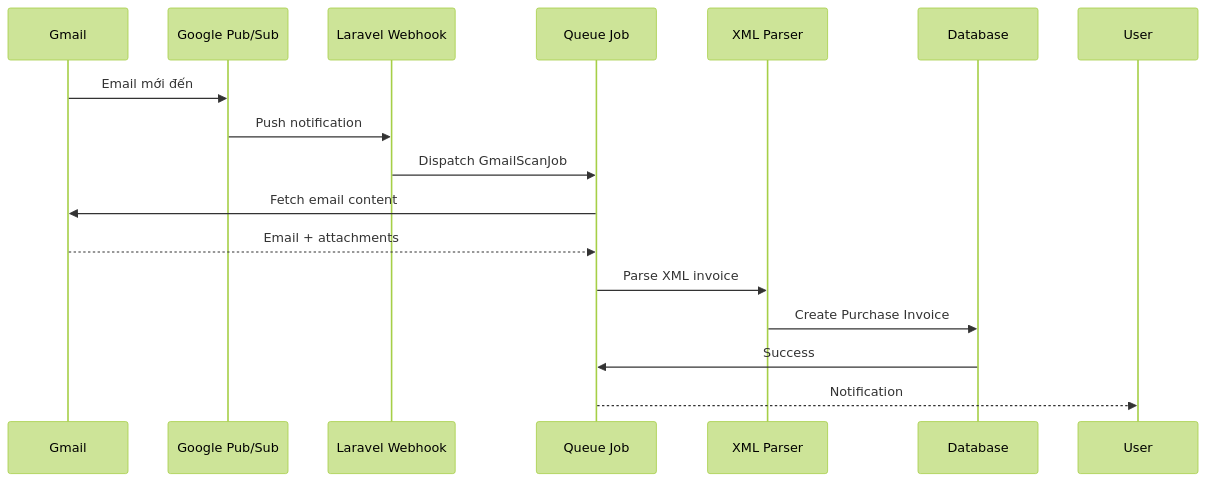
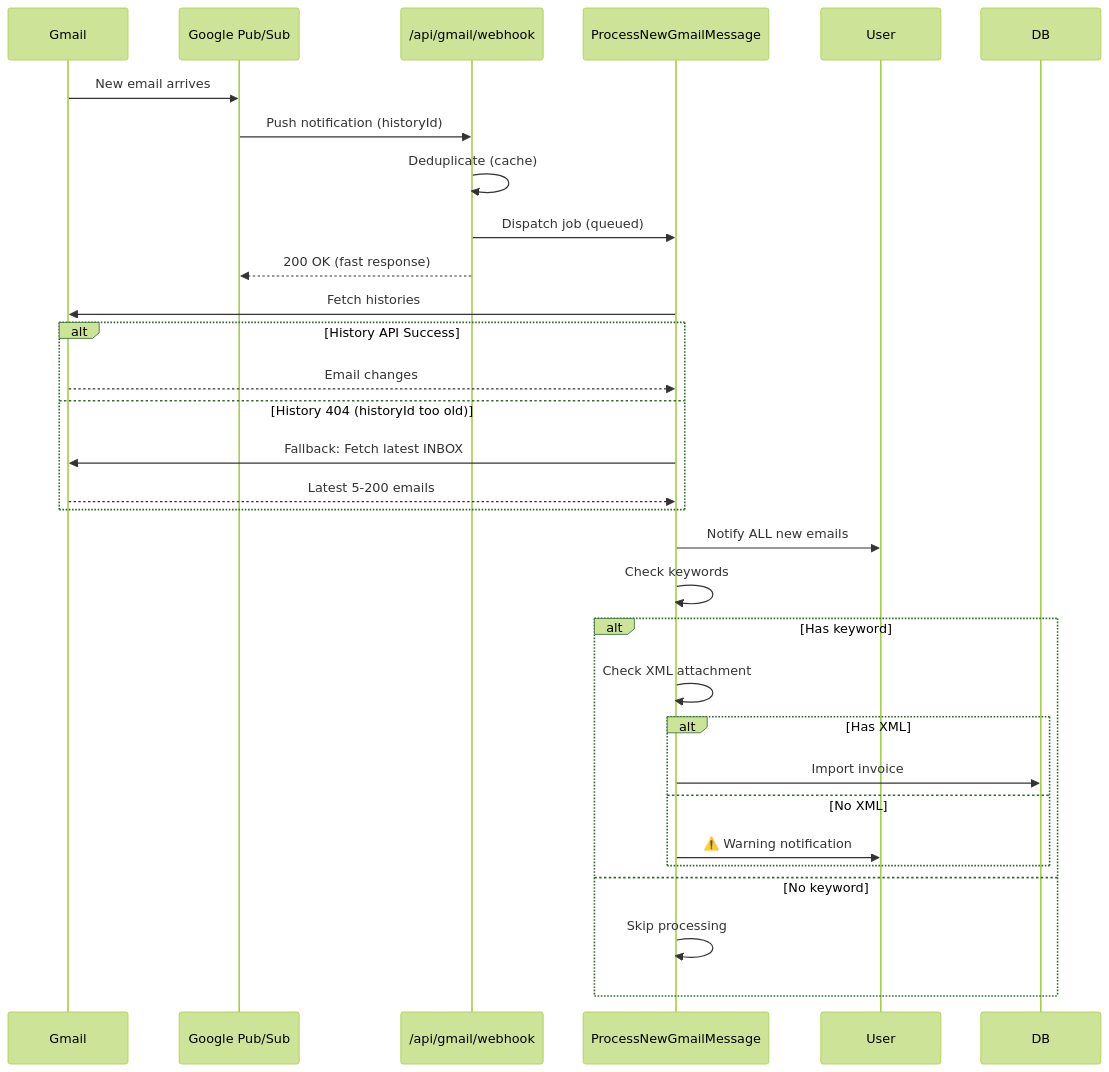
The diagram in 10-email-scanning-system.md (konya007/report_invoice_manager), drawn with Mermaid (forest theme) before and after one commit. The commit also changed other lines of this file, not shown here.

````diff
--- a/10-email-scanning-system.md
+++ b/10-email-scanning-system.md
@@ -11,19 +19,35 @@
 ```mermaid
 sequenceDiagram
-    participant Email as Gmail
+    participant Gmail
     participant PubSub as Google Pub/Sub
-    participant Webhook as Laravel Webhook
-    participant Queue as Queue Job
-    participant Parser as XML Parser
-    participant DB as Database
+    participant Webhook as /api/gmail/webhook
+    participant Job as ProcessNewGmailMessage
+    participant User
     
-    Email->>PubSub: Email mới đến
-    PubSub->>Webhook: Push notification
-    Webhook->>Queue: Dispatch GmailScanJob
-    Queue->>Email: Fetch email content
-    Email-->>Queue: Email + attachments
-    Queue->>Parser: Parse XML invoice
-    Parser->>DB: Create Purchase Invoice
-    DB->>Queue: Success
-    Queue-->>User: Notification
+    Gmail->>PubSub: New email arrives
+    PubSub->>Webhook: Push notification (historyId)
+    Webhook->>Webhook: Deduplicate (cache)
+    Webhook->>Job: Dispatch job (queued)
+    Webhook-->>PubSub: 200 OK (fast response)
+    
+    Job->>Gmail: Fetch histories
+    alt History API Success
+        Gmail-->>Job: Email changes
+    else History 404 (historyId too old)
+        Job->>Gmail: Fallback: Fetch latest INBOX
+Gmail-->>Job: Latest 5-200 emails
+    end
+    
+    Job->>User: Notify ALL new emails
+    Job->>Job: Check keywords
+    alt Has keyword
+        Job->>Job: Check XML attachment
+        alt Has XML
+            Job->>DB: Import invoice
+        else No XML
+            Job->>User: ⚠️ Warning notification
+        end
+    else No keyword
+        Job->>Job: Skip processing
+    end
 ```
````
